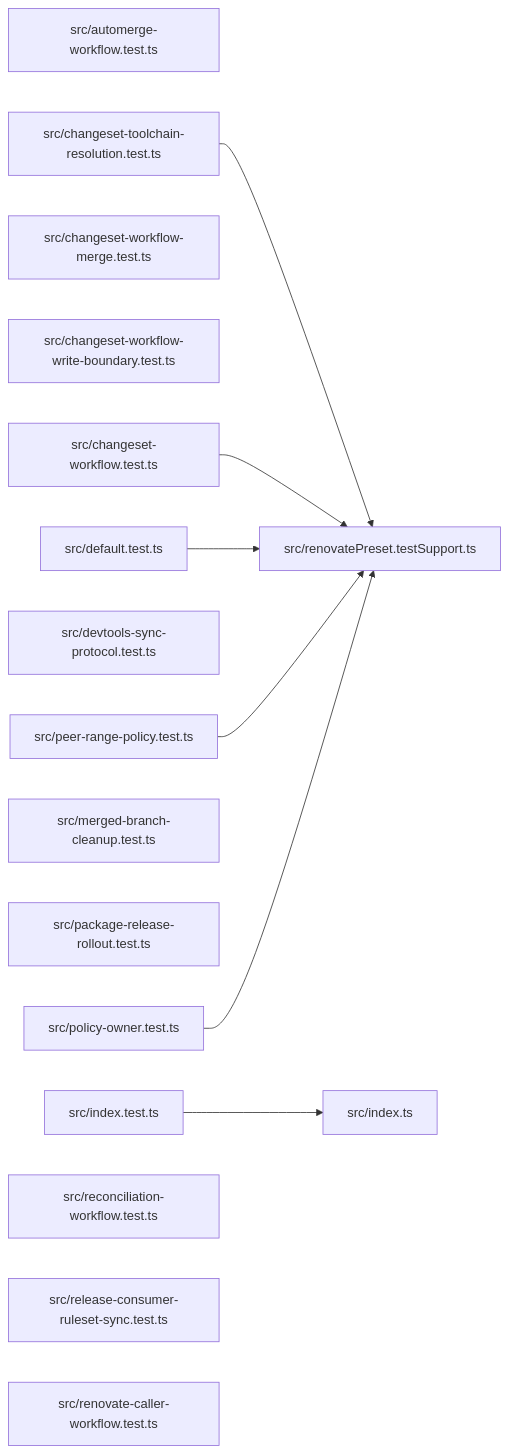
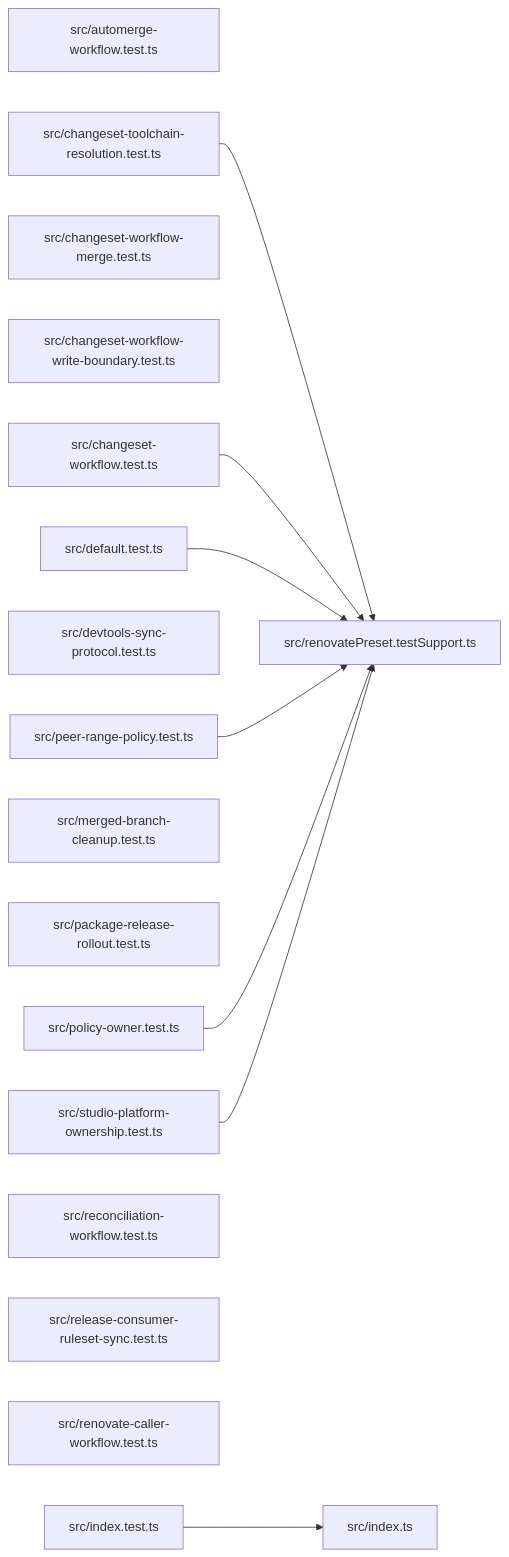
One commit to ankhorage/renovate changed the diagram in paradox/diagrams/module-relationships.mmd. Above: the diagram before and after it, drawn with Mermaid. The commit also changed 9 other files, not shown here.

```diff
--- a/paradox/diagrams/module-relationships.mmd
+++ b/paradox/diagrams/module-relationships.mmd
@@ -1,24 +1,26 @@
 graph LR
   module_src_automerge_workflow_test_ts["src/automerge-workflow.test.ts"]
   module_src_changeset_toolchain_resolution_test_ts["src/changeset-toolchain-resolution.test.ts"]
   module_src_changeset_workflow_merge_test_ts["src/changeset-workflow-merge.test.ts"]
   module_src_changeset_workflow_write_boundary_test_ts["src/changeset-workflow-write-boundary.test.ts"]
   module_src_changeset_workflow_test_ts["src/changeset-workflow.test.ts"]
   module_src_default_test_ts["src/default.test.ts"]
   module_src_devtools_sync_protocol_test_ts["src/devtools-sync-protocol.test.ts"]
   module_src_index_test_ts["src/index.test.ts"]
   module_src_index_ts["src/index.ts"]
   module_src_merged_branch_cleanup_test_ts["src/merged-branch-cleanup.test.ts"]
   module_src_package_release_rollout_test_ts["src/package-release-rollout.test.ts"]
   module_src_peer_range_policy_test_ts["src/peer-range-policy.test.ts"]
   module_src_policy_owner_test_ts["src/policy-owner.test.ts"]
   module_src_reconciliation_workflow_test_ts["src/reconciliation-workflow.test.ts"]
   module_src_release_consumer_ruleset_sync_test_ts["src/release-consumer-ruleset-sync.test.ts"]
   module_src_renovate_caller_workflow_test_ts["src/renovate-caller-workflow.test.ts"]
   module_src_renovatePreset_testSupport_ts["src/renovatePreset.testSupport.ts"]
+  module_src_studio_platform_ownership_test_ts["src/studio-platform-ownership.test.ts"]
   module_src_changeset_toolchain_resolution_test_ts --> module_src_renovatePreset_testSupport_ts
   module_src_changeset_workflow_test_ts --> module_src_renovatePreset_testSupport_ts
   module_src_default_test_ts --> module_src_renovatePreset_testSupport_ts
   module_src_index_test_ts --> module_src_index_ts
   module_src_peer_range_policy_test_ts --> module_src_renovatePreset_testSupport_ts
   module_src_policy_owner_test_ts --> module_src_renovatePreset_testSupport_ts
+  module_src_studio_platform_ownership_test_ts --> module_src_renovatePreset_testSupport_ts
```
